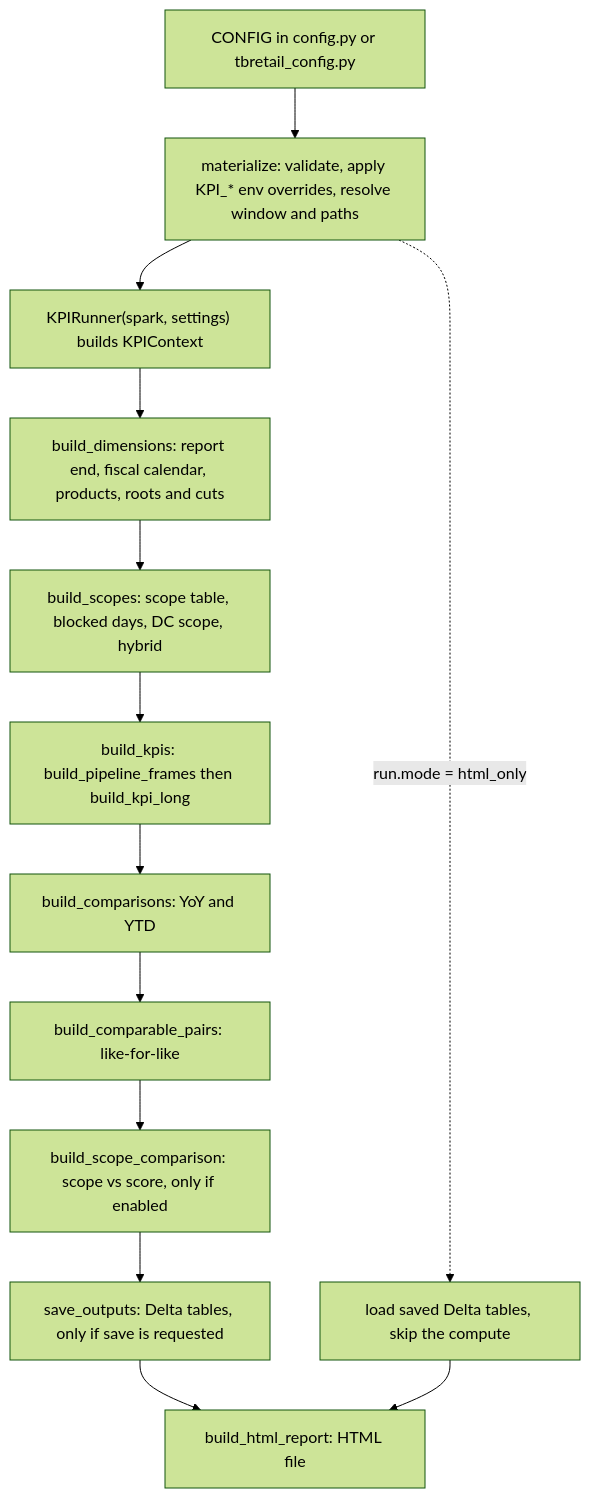
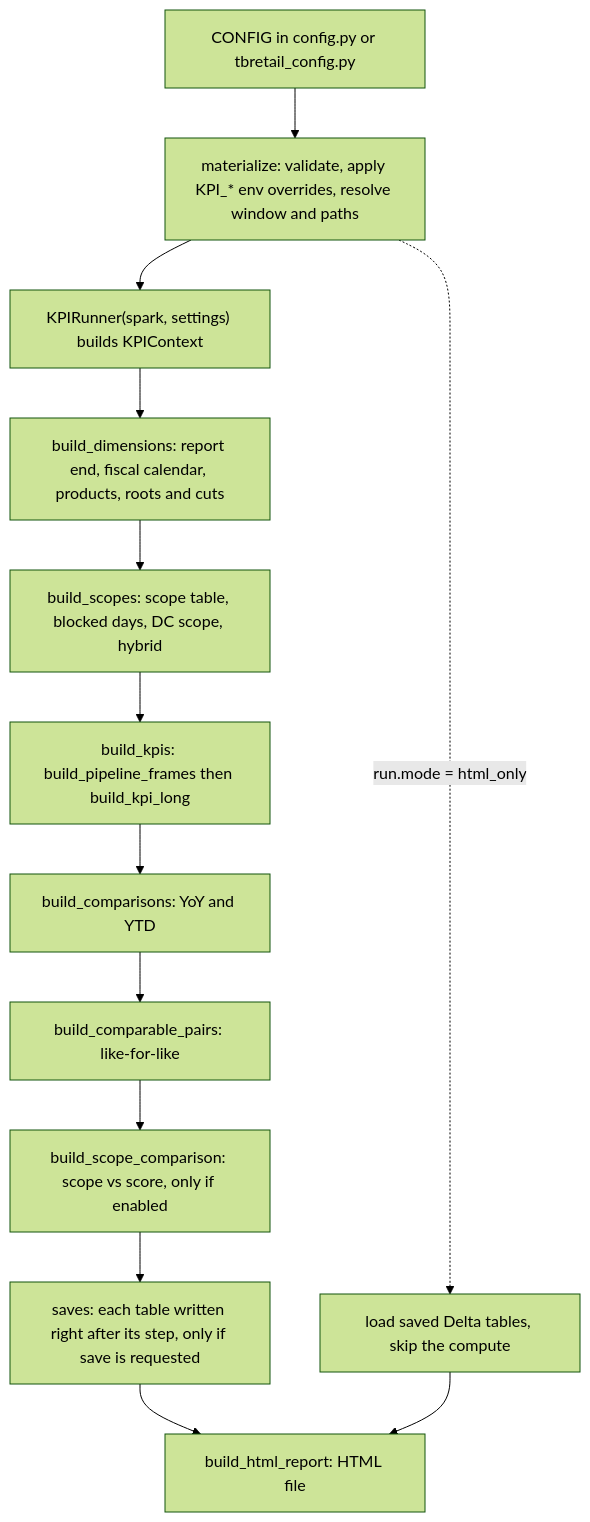
Before and after one commit to mehlialkazmi-invent-DS/retail-insights-pipeline: the diagram in docs/LOGIC_FLOW.md, drawn with Mermaid (forest theme). The commit also changed other lines of this file and 10 other files, not shown here.

First line of the commit message:
Save each output table as soon as it is built and print run progress

````diff
--- a/docs/LOGIC_FLOW.md
+++ b/docs/LOGIC_FLOW.md
@@ -16,15 +16,15 @@
 ```mermaid
 flowchart TD
     A["CONFIG in config.py or tbretail_config.py"] --> B["materialize: validate, apply KPI_* env overrides, resolve window and paths"]
     B --> C["KPIRunner(spark, settings) builds KPIContext"]
     C --> D["build_dimensions: report end, fiscal calendar, products, roots and cuts"]
     D --> E["build_scopes: scope table, blocked days, DC scope, hybrid"]
     E --> F["build_kpis: build_pipeline_frames then build_kpi_long"]
     F --> G["build_comparisons: YoY and YTD"]
     G --> H["build_comparable_pairs: like-for-like"]
     H --> I["build_scope_comparison: scope vs score, only if enabled"]
-    I --> J["save_outputs: Delta tables, only if save is requested"]
+    I --> J["saves: each table written right after its step, only if save is requested"]
     J --> K["build_html_report: HTML file"]
     B -. "run.mode = html_only" .-> L["load saved Delta tables, skip the compute"]
     L --> K
 ```
````
